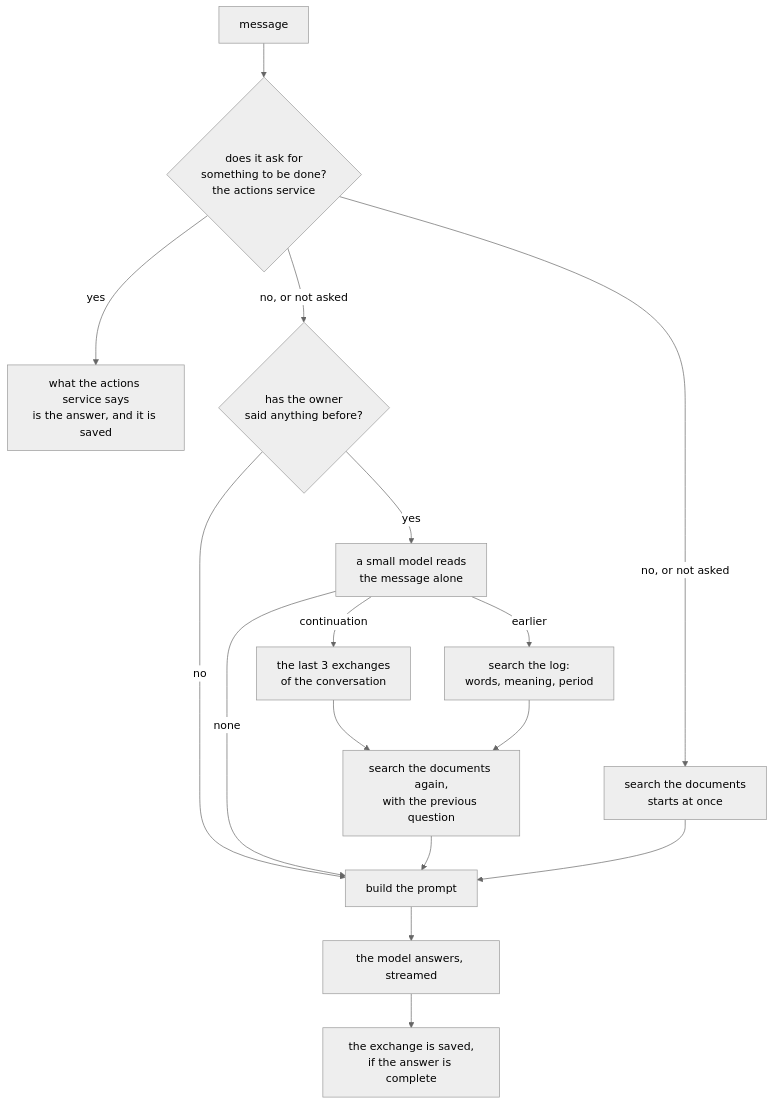
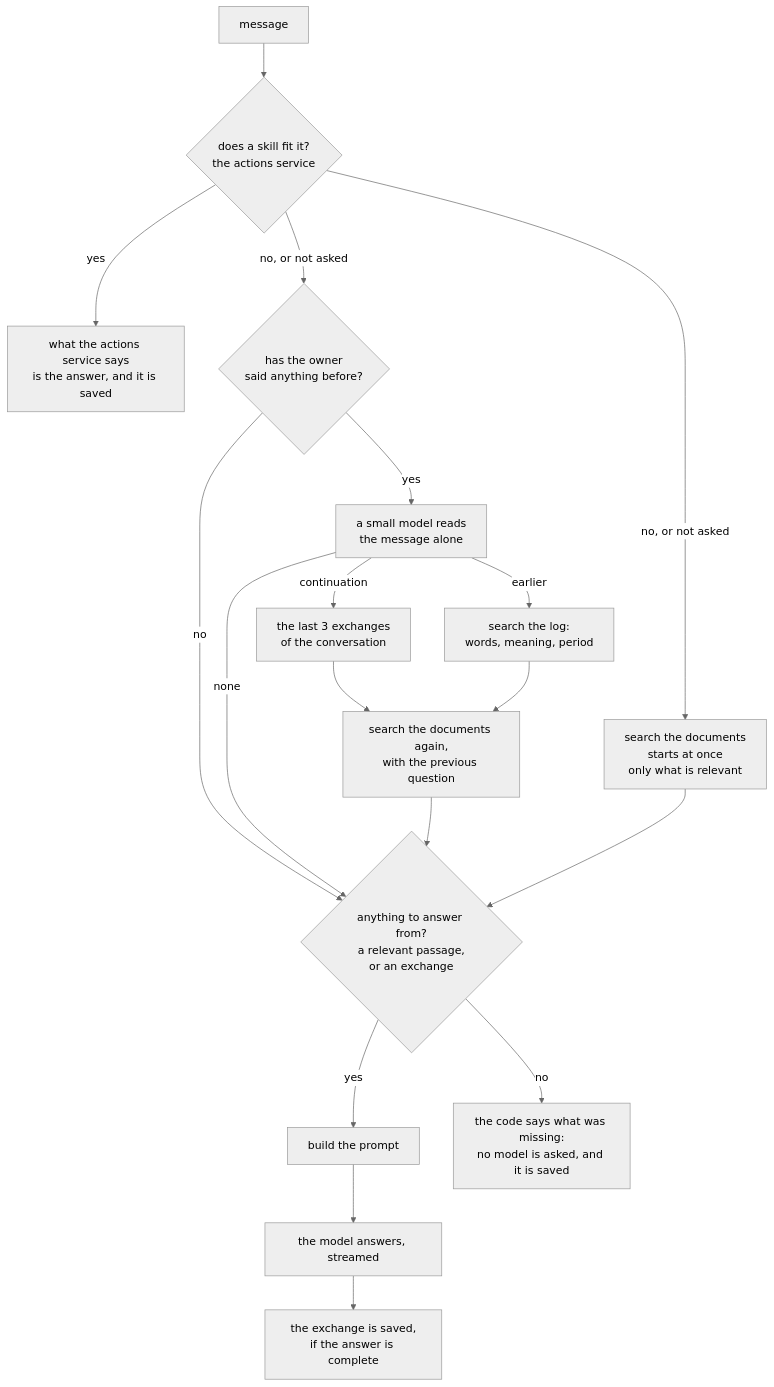
One commit to nicolapucci/factotum changed the diagram in docs/conversation.md. Above: the diagram before and after it, drawn with Mermaid (neutral theme). The commit also changed other lines of this file and 5 other files, not shown here.

First line of the commit message:
docs: the turn with nothing to answer from, the floor of meaning and what it found (ADR 0028)

````diff
--- a/docs/conversation.md
+++ b/docs/conversation.md
@@ -21,18 +24,20 @@
 ```mermaid
 flowchart TD
-    msg[message] --> act{does it ask for<br/>something to be done?<br/>the actions service}
+    msg[message] --> act{does a skill fit it?<br/>the actions service}
     act -- yes --> acted[what the actions service says<br/>is the answer, and it is saved]
-    act -- no, or not asked --> docs[search the documents<br/>starts at once]
+    act -- no, or not asked --> docs[search the documents<br/>starts at once<br/>only what is relevant]
     act -- no, or not asked --> said{has the owner<br/>said anything before?}
-    said -- no --> build
+    said -- no --> mat
     said -- yes --> gate[a small model reads<br/>the message alone]
-    gate -- none --> build
+    gate -- none --> mat
     gate -- continuation --> last[the last 3 exchanges<br/>of the conversation]
     gate -- earlier --> log[search the log:<br/>words, meaning, period]
     last --> again[search the documents again,<br/>with the previous question]
     log --> again
-    again --> build[build the prompt]
-    docs --> build
+    again --> mat{anything to answer from?<br/>a relevant passage,<br/>or an exchange}
+    docs --> mat
+    mat -- yes --> build[build the prompt]
+    mat -- no --> declined[the code says what was missing:<br/>no model is asked, and it is saved]
     build --> answer[the model answers, streamed]
     answer --> save[the exchange is saved,<br/>if the answer is complete]
 ```
````
